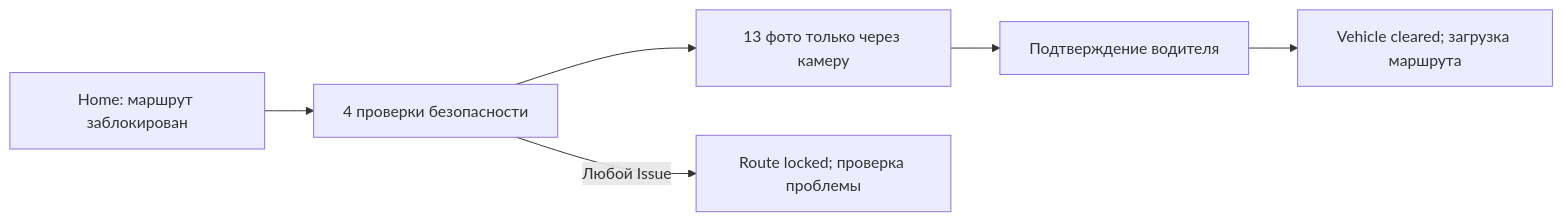
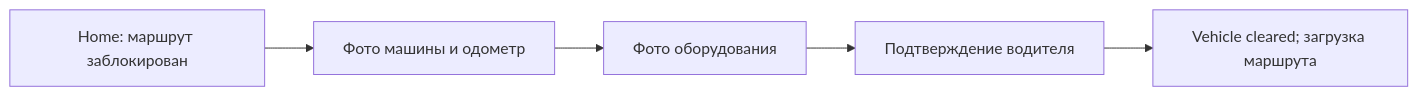
The first of 4 diagrams in docs/mobile-app/ru/business-overview.md (yarsuleimenov-code/Mobile_app), drawn with Mermaid before and after one commit. The commit also changed other lines of this file and 55 other files, not shown here.

````diff
--- a/docs/mobile-app/ru/business-overview.md
+++ b/docs/mobile-app/ru/business-overview.md
@@ -42,8 +42,7 @@
 ```mermaid
 flowchart LR
-  A["Home: маршрут заблокирован"] --> B["4 проверки безопасности"]
-  B --> C["13 фото только через камеру"]
+  A["Home: маршрут заблокирован"] --> B["Фото машины и одометр"]
+  B --> C["Фото оборудования"]
   C --> D["Подтверждение водителя"]
   D --> E["Vehicle cleared; загрузка маршрута"]
-  B -->|Любой Issue| F["Route locked; проверка проблемы"]
 ```
````
